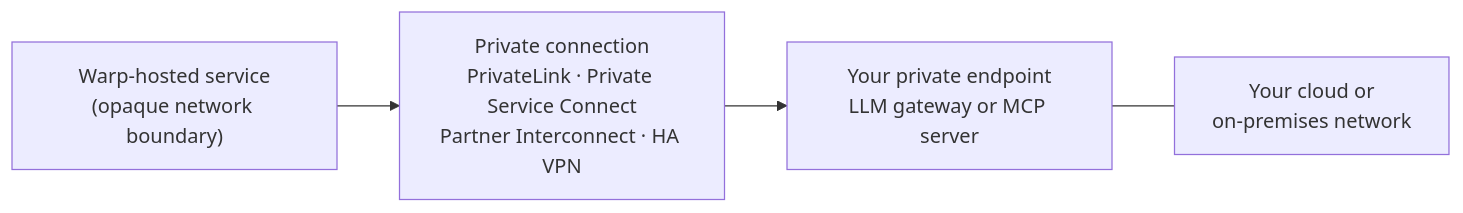
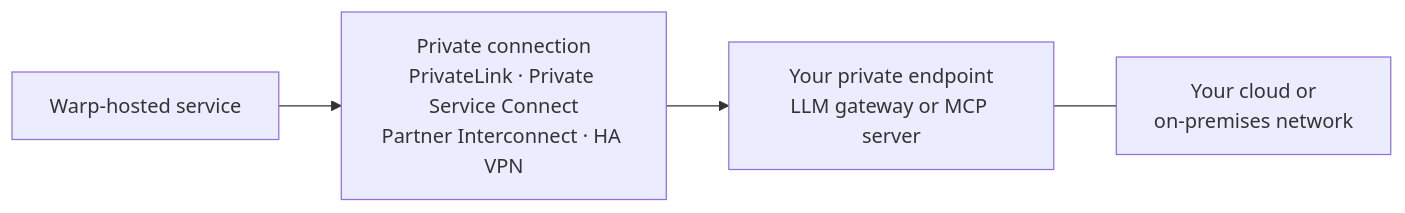
The diagram in src/content/docs/enterprise/enterprise-features/private-networking.mdx (warpdotdev/docs), drawn with Mermaid before and after one commit. The commit also changed other lines of this file and 2 other files, not shown here.

````diff
--- a/src/content/docs/enterprise/enterprise-features/private-networking.mdx
+++ b/src/content/docs/enterprise/enterprise-features/private-networking.mdx
@@ -28,10 +28,10 @@
 ```mermaid
 flowchart LR
-  W["Warp-hosted service<br/>(opaque network boundary)"]
+  W["Warp-hosted service"]
   C["Private connection<br/>PrivateLink · Private Service Connect<br/>Partner Interconnect · HA VPN"]
   E["Your private endpoint<br/>LLM gateway or MCP server"]
   N["Your cloud or<br/>on-premises network"]
 
   W --> C --> E
   E --- N
 ```
````
